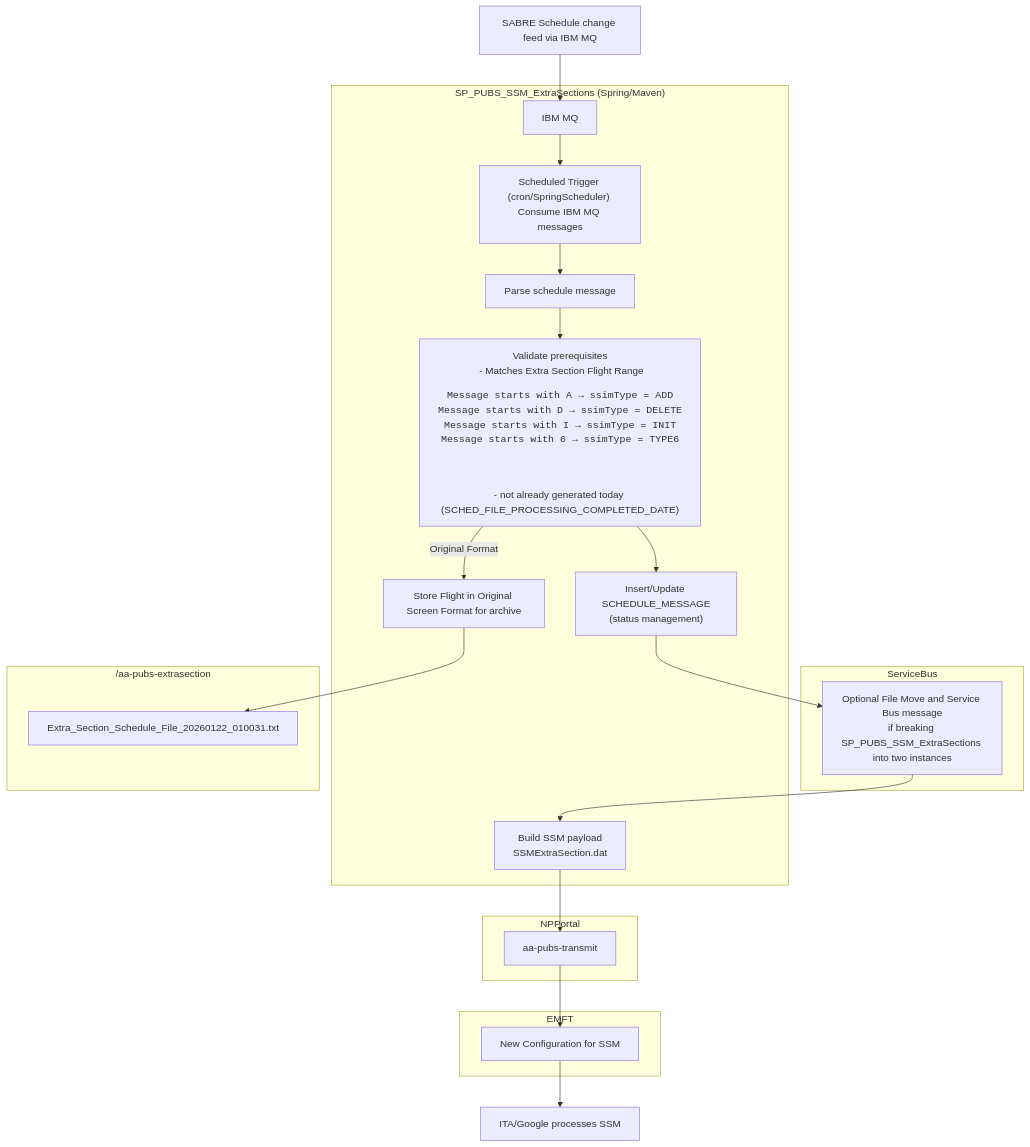
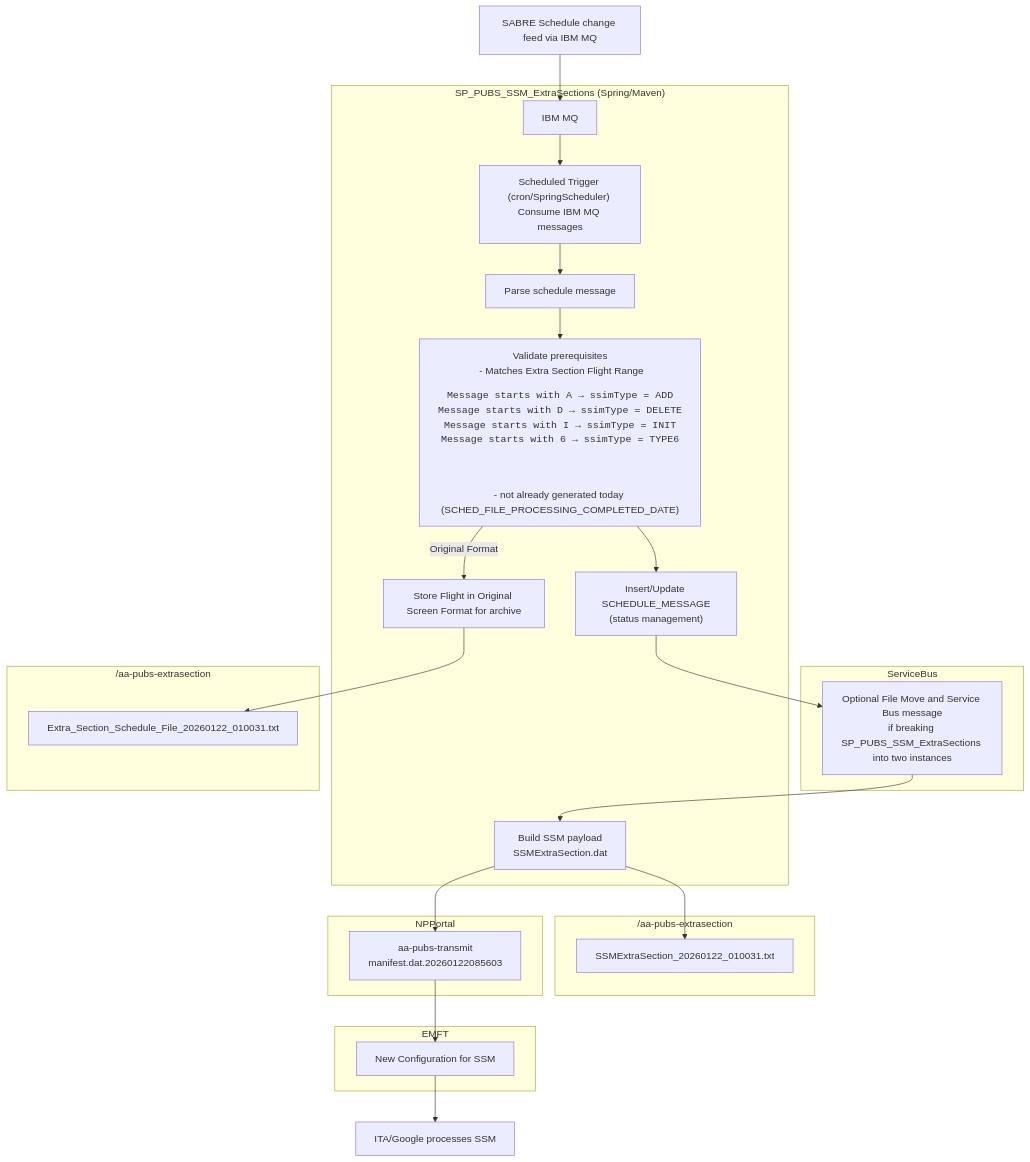
One commit to GarrenBagley366/SP_PUBS_SSM_ExtraSections changed the diagram in README.md. Above: the diagram before and after it, drawn with Mermaid.

Commit message:
Add extra section to README diagram

````diff
--- a/README.md
+++ b/README.md
@@ -18,56 +18,61 @@
 ```mermaid
 flowchart TD
   %% Sources
   SABRE["SABRE Schedule change feed via IBM MQ"] --> MQ["IBM MQ"]
 
   %% Generator
   subgraph GEN["SP_PUBS_SSM_ExtraSections (Spring/Maven)"]
     MQ --> G1["Scheduled Trigger (cron/SpringScheduler) Consume IBM MQ messages"]
     G1 --> G2["Parse schedule message"]
     click G2 href "https://github.com/AAInternal/FltInvhub_Schedule_FileProcessor/wiki/File-Processor-Business-Rules"
 G2 --> G2A["Validate prerequisites<br/> - Matches Extra Section Flight Range
 <pre>
 Message starts with A → ssimType = ADD
 Message starts with D → ssimType = DELETE
 Message starts with I → ssimType = INIT
 Message starts with 6 → ssimType = TYPE6
 </pre><br/>
 - not already generated today (SCHED_FILE_PROCESSING_COMPLETED_DATE)<br/>"]
     G2A --> G3["Insert/Update SCHEDULE_MESSAGE<br/>(status management)"]
     G2A -->|Original Format| G4["Store Flight in Original Screen Format for archive<br/>"]
     
      G8["Build SSM payload<br/> SSMExtraSection.dat"]
   end
 
   %% Message Bus
   subgraph ServiceBus
     SB["Optional File Move and Service Bus message<br>if breaking SP_PUBS_SSM_ExtraSections into two instances "]
   end
 
   subgraph DIR["/aa-pubs-extrasection"]
     FA["Extra_Section_Schedule_File_20260122_010031.txt"]
   end
 
+  subgraph DIRT["/aa-pubs-extrasection"]
+    FB["SSMExtraSection_20260122_010031.txt"]
+  end
+
   %% Message Bus
   subgraph NPPortal
-    FT["aa-pubs-transmit"]
+    FT["aa-pubs-transmit<br>manifest.dat.20260122085603"]
   end
 
   %% Consumer Application Nodes
   subgraph EMFT
     C1["New Configuration for SSM"]
 
   end
 
   %% External system
   EXT["ITA/Google processes SSM"]
 
   %% Edges
   G3 --> SB
   G4 --> FA
   SB --> G8
   G8 --> FT
+  G8 --> FB
   FT --> C1
   C1 --> EXT
 
 ```
````
